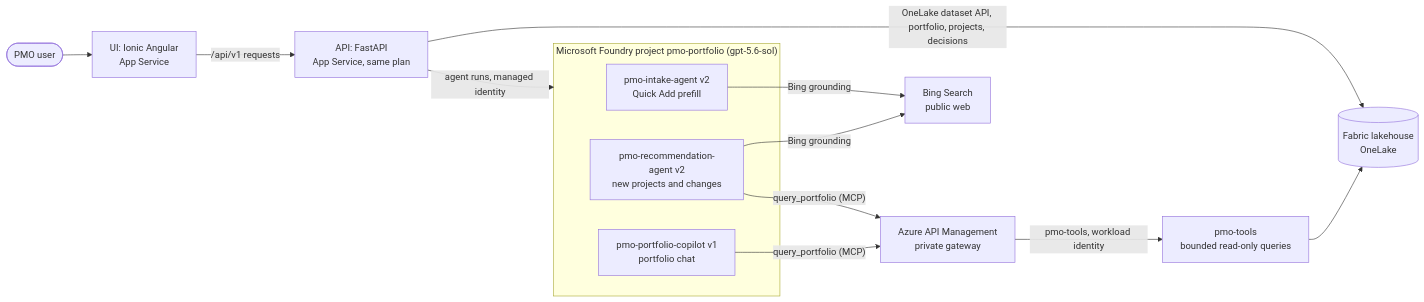
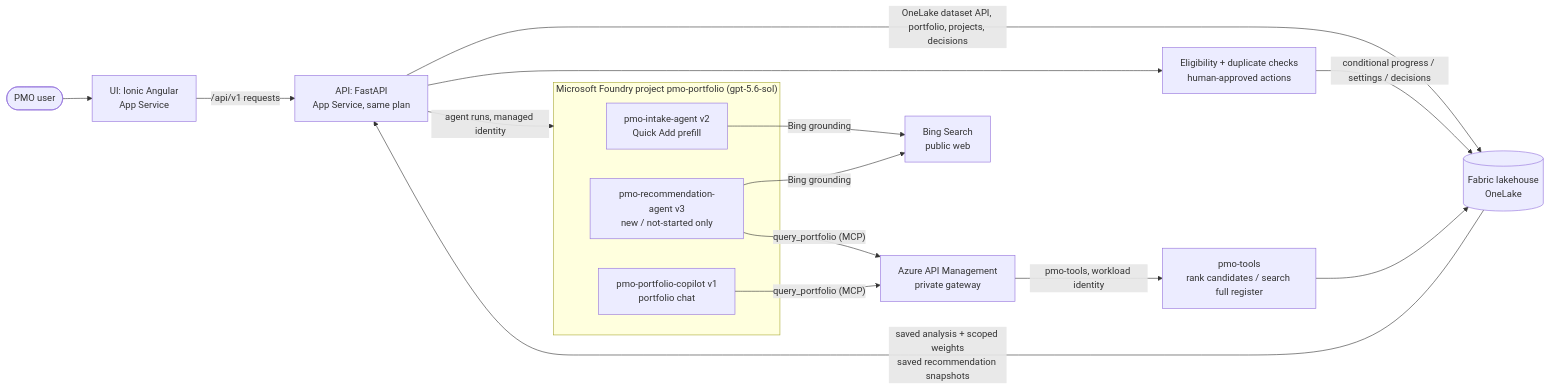
The diagram in README.md (csdmichael/AIML-PMO-Portfolio-Prioritization), drawn with Mermaid before and after one commit. The commit also changed other lines of this file and 78 other files, not shown here.

First line of the commit message:
Protect started work and apply scoped priority weights

````diff
--- a/README.md
+++ b/README.md
@@ -46,20 +53,23 @@
 ```mermaid
 flowchart LR
     user(["PMO user"]) --> ui["UI: Ionic Angular<br/>App Service"]
     ui -->|"/api/v1 requests"| api["API: FastAPI<br/>App Service, same plan"]
     api -->|"OneLake dataset API, portfolio, projects, decisions"| lake[("Fabric lakehouse<br/>OneLake")]
     api -->|"agent runs, managed identity"| foundry
 
     subgraph foundry["Microsoft Foundry project pmo-portfolio (gpt-5.6-sol)"]
         intake["pmo-intake-agent v2<br/>Quick Add prefill"]
-        recs["pmo-recommendation-agent v2<br/>new projects and changes"]
+        recs["pmo-recommendation-agent v3<br/>new / not-started only"]
         chat["pmo-portfolio-copilot v1<br/>portfolio chat"]
     end
 
     intake -->|"Bing grounding"| bing["Bing Search<br/>public web"]
     recs -->|"Bing grounding"| bing
     recs -->|"query_portfolio (MCP)"| apim["Azure API Management<br/>private gateway"]
     chat -->|"query_portfolio (MCP)"| apim
-    apim -->|"pmo-tools, workload identity"| tools["pmo-tools<br/>bounded read-only queries"]
+    apim -->|"pmo-tools, workload identity"| tools["pmo-tools<br/>rank candidates / search full register"]
     tools --> lake
+    api --> policy["Eligibility + duplicate checks<br/>human-approved actions"]
+    policy -->|"conditional progress / settings / decisions"| lake
+    lake -->|"saved analysis + scoped weights<br/>saved recommendation snapshots"| api
 ```
````
